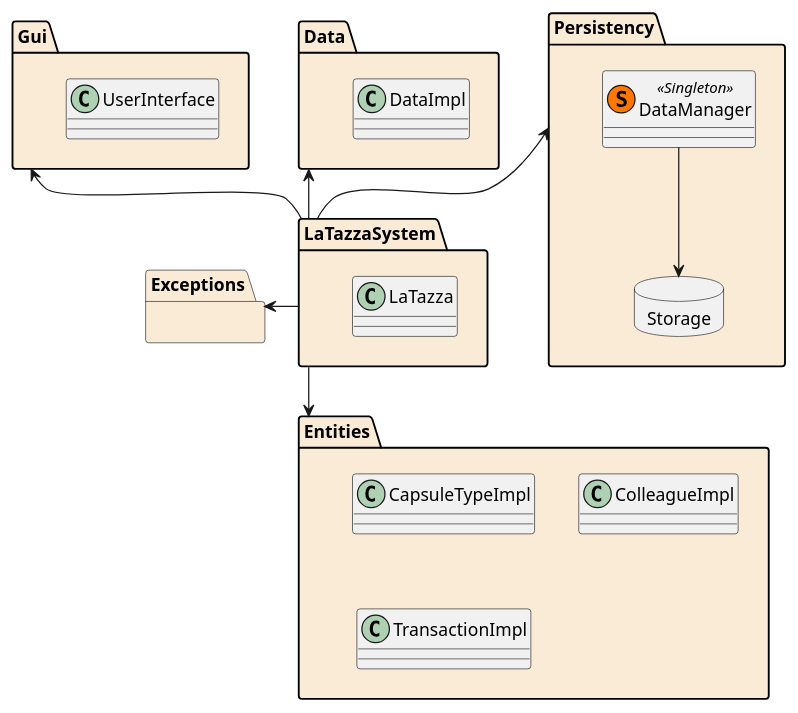
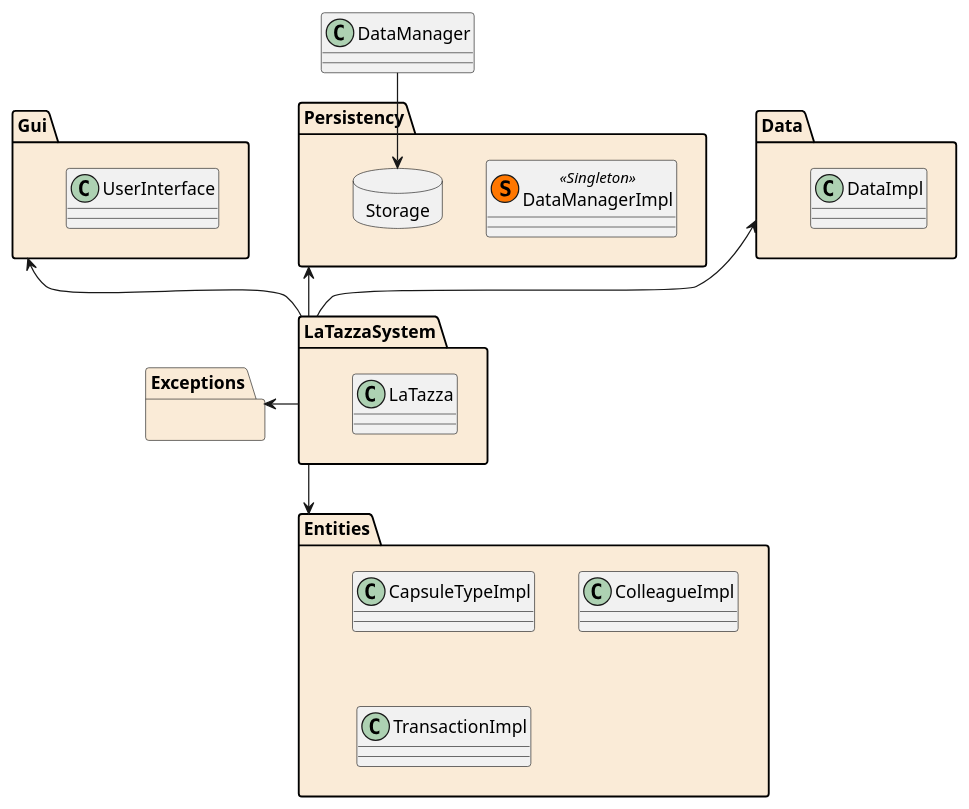
One commit to s41m0n/LaTazza changed the first of 4 diagrams in DesignDocument.md. Above: the diagram before and after it, drawn with PlantUML. The commit also changed other lines of this file, not shown here.

````diff
--- a/DesignDocument.md
+++ b/DesignDocument.md
@@ -18,39 +18,39 @@
 ``` plantuml
 @startuml
 skinparam PackageBackgroundColor AntiqueWhite
 
 package "Gui" {
   class UserInterface
 }
 
 package "LaTazzaSystem" {
   class LaTazza
 }
 
 package "Persistency" {
-  class DataManager << (S,#FF7700) Singleton >>
+  class DataManagerImpl << (S,#FF7700) Singleton >>
   
   package "Storage" <<Database>> {
   }
 }
 
 package "Exceptions" {}
 
 package "Entities" {
   class CapsuleTypeImpl
   class ColleagueImpl
   class TransactionImpl
 }
 
 package "Data" {
   class DataImpl
 }
 
 Gui <-- LaTazzaSystem
 Data <-- LaTazzaSystem
 Exceptions <- LaTazzaSystem
 LaTazzaSystem --> Entities
 Persistency <-- LaTazzaSystem
 DataManager --> Storage
 @enduml
 ```
````
